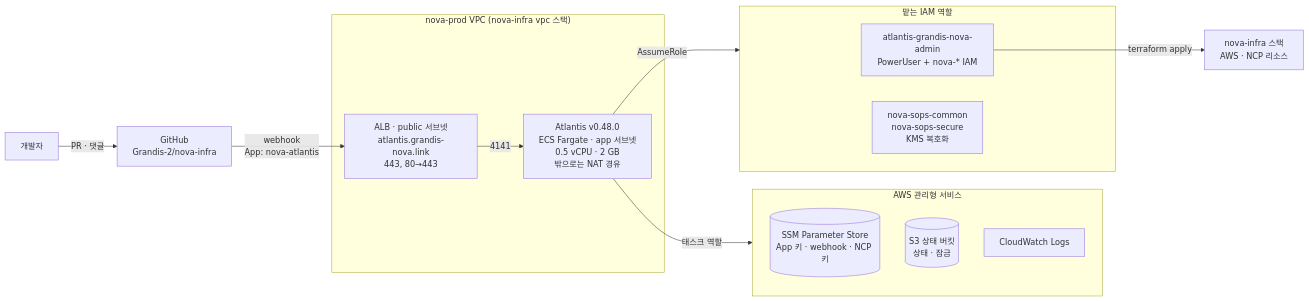
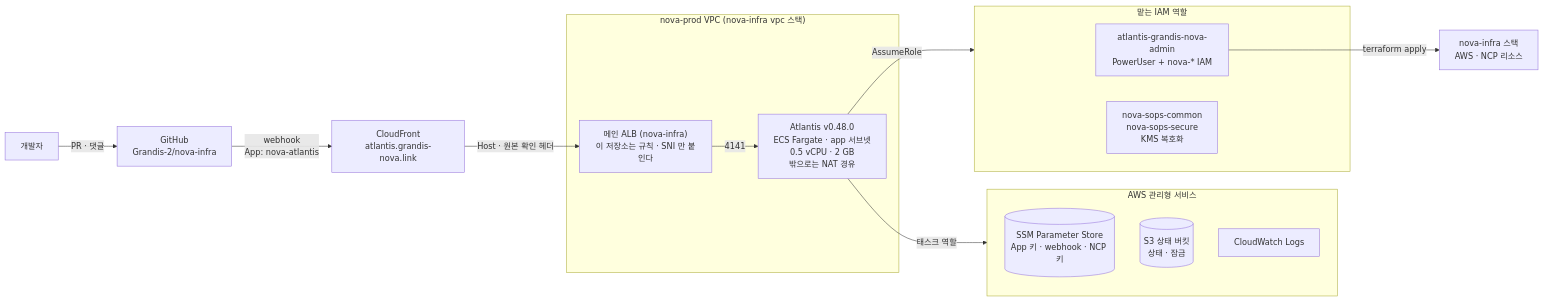
The first of 2 diagrams in README.md (Grandis-2/atlantis-deploy), drawn with Mermaid before and after one commit. The commit also changed other lines of this file and 5 other files, not shown here.

First line of the commit message:
feat(atlantis): 전용 ALB 를 지운다 — 3단계 (NV-597)

````diff
--- a/README.md
+++ b/README.md
@@ -9,26 +9,27 @@
 ```mermaid
 flowchart LR
   dev["개발자"] -- "PR · 댓글" --> gh["GitHub<br/>Grandis-2/nova-infra"]
-  gh -- "webhook<br/>App: nova-atlantis" --> alb
+  gh -- "webhook<br/>App: nova-atlantis" --> cf["CloudFront<br/>atlantis.grandis-nova.link"]
+  cf -- "Host · 원본 확인 헤더" --> alb
 
   subgraph vpc["nova-prod VPC (nova-infra vpc 스택)"]
-    alb["ALB · public 서브넷<br/>atlantis.grandis-nova.link<br/>443, 80→443"]
+    alb["메인 ALB (nova-infra)<br/>이 저장소는 규칙 · SNI 만 붙인다"]
     task["Atlantis v0.48.0<br/>ECS Fargate · app 서브넷<br/>0.5 vCPU · 2 GB<br/>밖으로는 NAT 경유"]
     alb -- "4141" --> task
   end
 
   subgraph managed["AWS 관리형 서비스"]
     ssm[("SSM Parameter Store<br/>App 키 · webhook · NCP 키")]
     state[("S3 상태 버킷<br/>상태 · 잠금")]
     logs["CloudWatch Logs"]
   end
 
   subgraph roles["맡는 IAM 역할"]
     admin["atlantis-grandis-nova-admin<br/>PowerUser + nova-* IAM"]
     sops["nova-sops-common<br/>nova-sops-secure<br/>KMS 복호화"]
   end
 
   task -- "태스크 역할" --> managed
   task -- "AssumeRole" --> roles
   admin -- "terraform apply" --> infra["nova-infra 스택<br/>AWS · NCP 리소스"]
 ```
````
